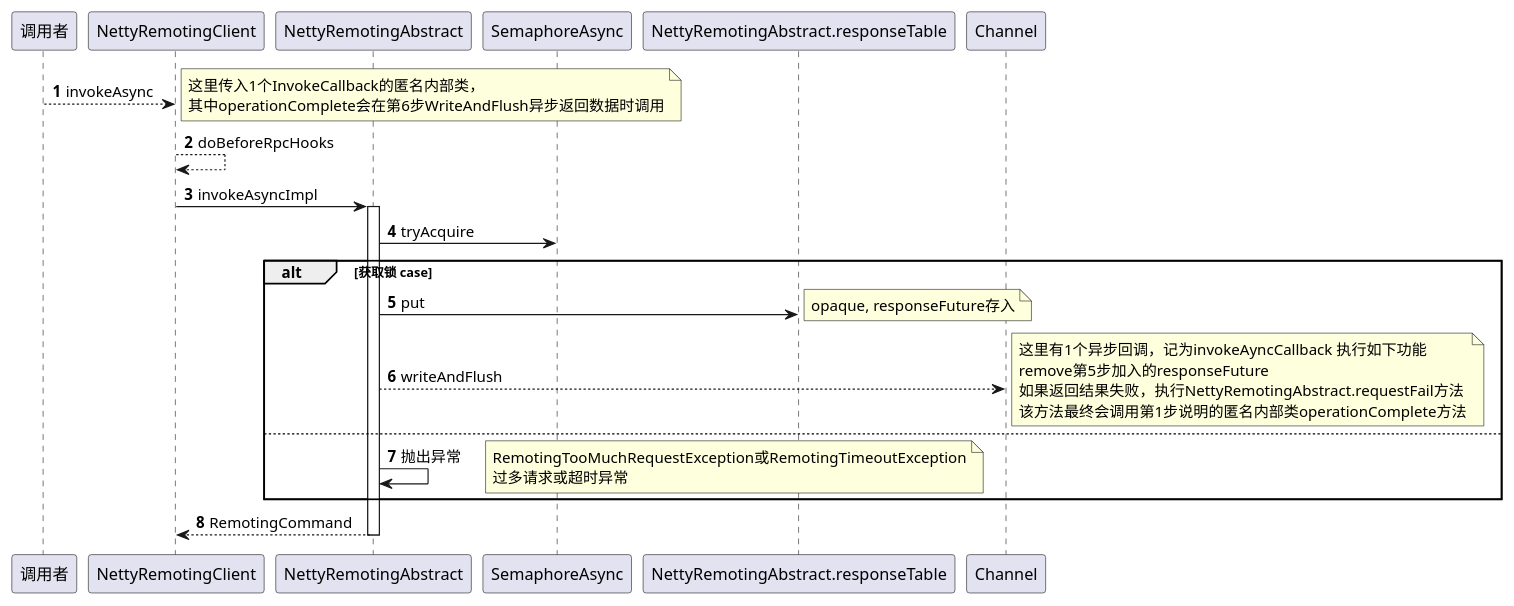
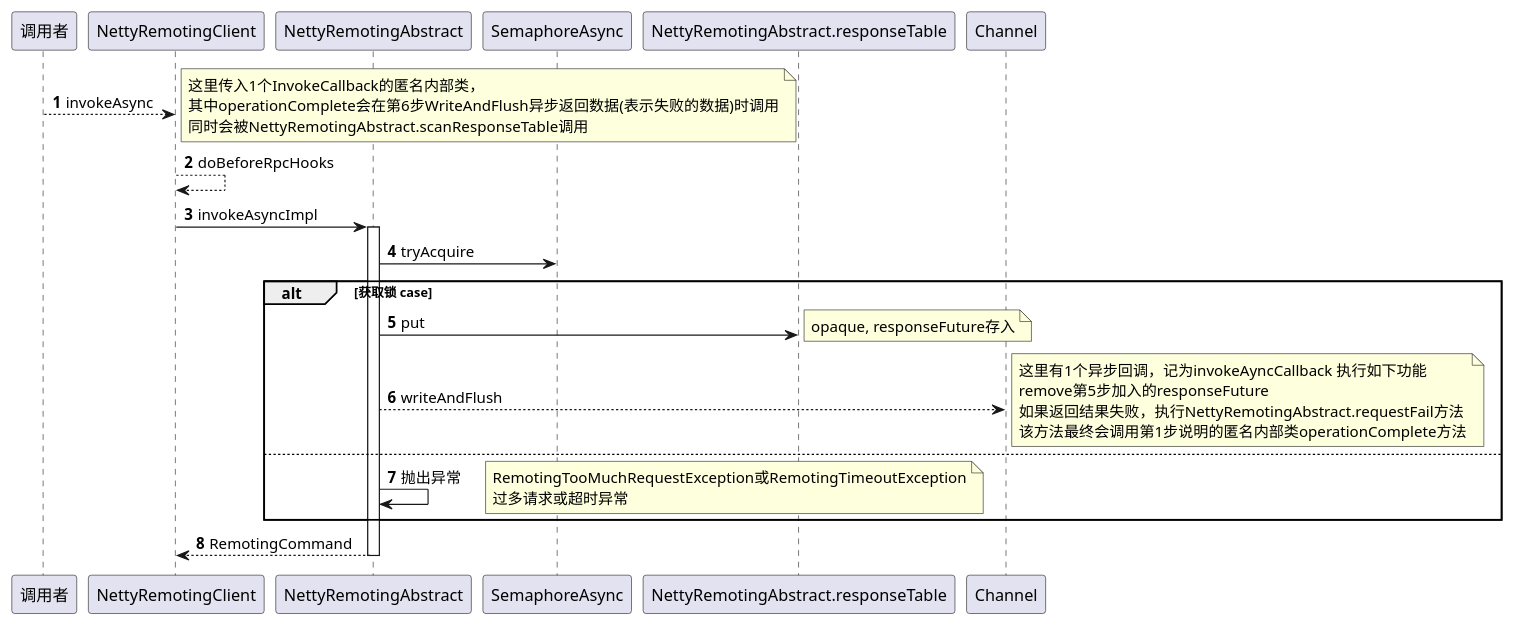
One commit to spiritSport/rocketmq changed the diagram in mydoc/client/RemotingClient/invokeAsync.puml. Above: the diagram before and after it, drawn with PlantUML. The commit also changed 22 other files, not shown here.

```diff
--- a/mydoc/client/RemotingClient/invokeAsync.puml
+++ b/mydoc/client/RemotingClient/invokeAsync.puml
@@ -1,33 +1,34 @@
 @startuml
 autonumber
 调用者 --> NettyRemotingClient: invokeAsync
     note right
      这里传入1个InvokeCallback的匿名内部类，
-     其中operationComplete会在第6步WriteAndFlush异步返回数据时调用
+     其中operationComplete会在第6步WriteAndFlush异步返回数据(表示失败的数据)时调用
+     同时会被NettyRemotingAbstract.scanResponseTable调用
       end note
 NettyRemotingClient-->NettyRemotingClient:doBeforeRpcHooks
 NettyRemotingClient->NettyRemotingAbstract:invokeAsyncImpl
 activate NettyRemotingAbstract
 NettyRemotingAbstract->SemaphoreAsync:tryAcquire
 alt 获取锁 case
     NettyRemotingAbstract->NettyRemotingAbstract.responseTable:put
         note right: opaque, responseFuture存入
     NettyRemotingAbstract-->Channel:writeAndFlush
         note right
             这里有1个异步回调，记为invokeAyncCallback 执行如下功能
             remove第5步加入的responseFuture
             如果返回结果失败，执行NettyRemotingAbstract.requestFail方法
             该方法最终会调用第1步说明的匿名内部类operationComplete方法
         end note
 else
     NettyRemotingAbstract->NettyRemotingAbstract:抛出异常
         note right
         RemotingTooMuchRequestException或RemotingTimeoutException
         过多请求或超时异常
          end note
 end
 
 return RemotingCommand
 
 'operationComplete
 @enduml
```
